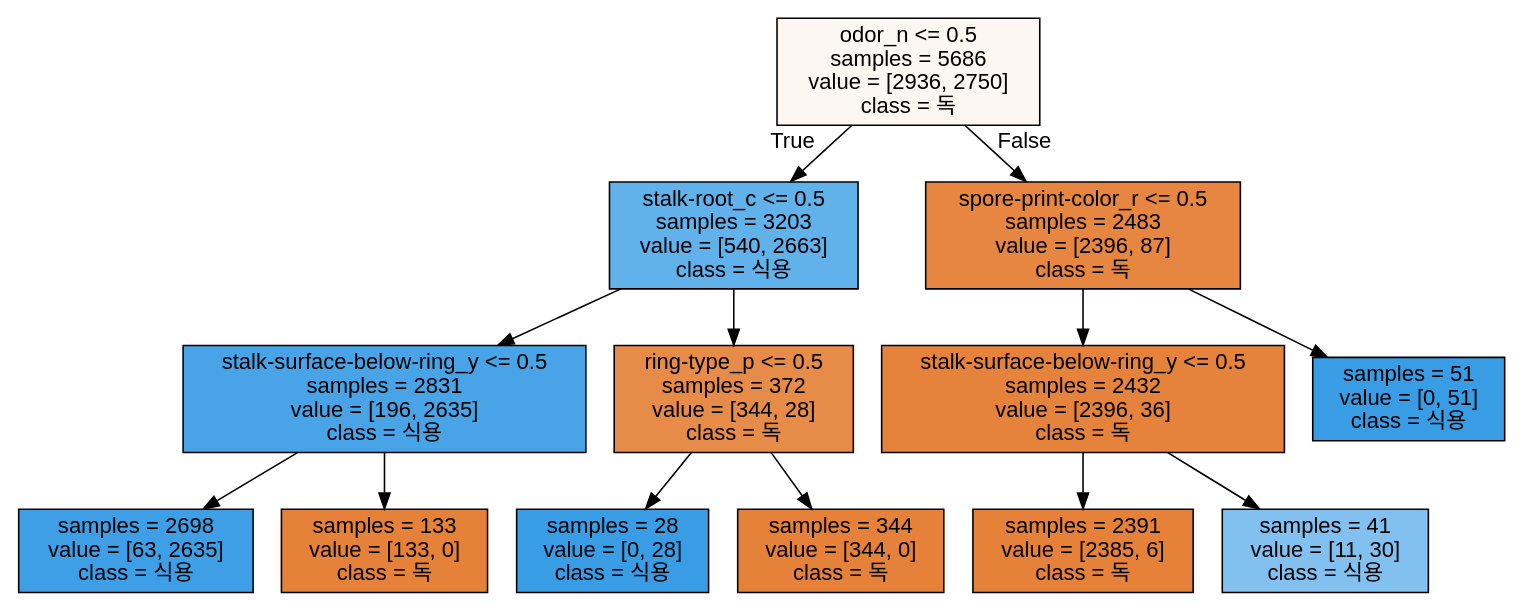
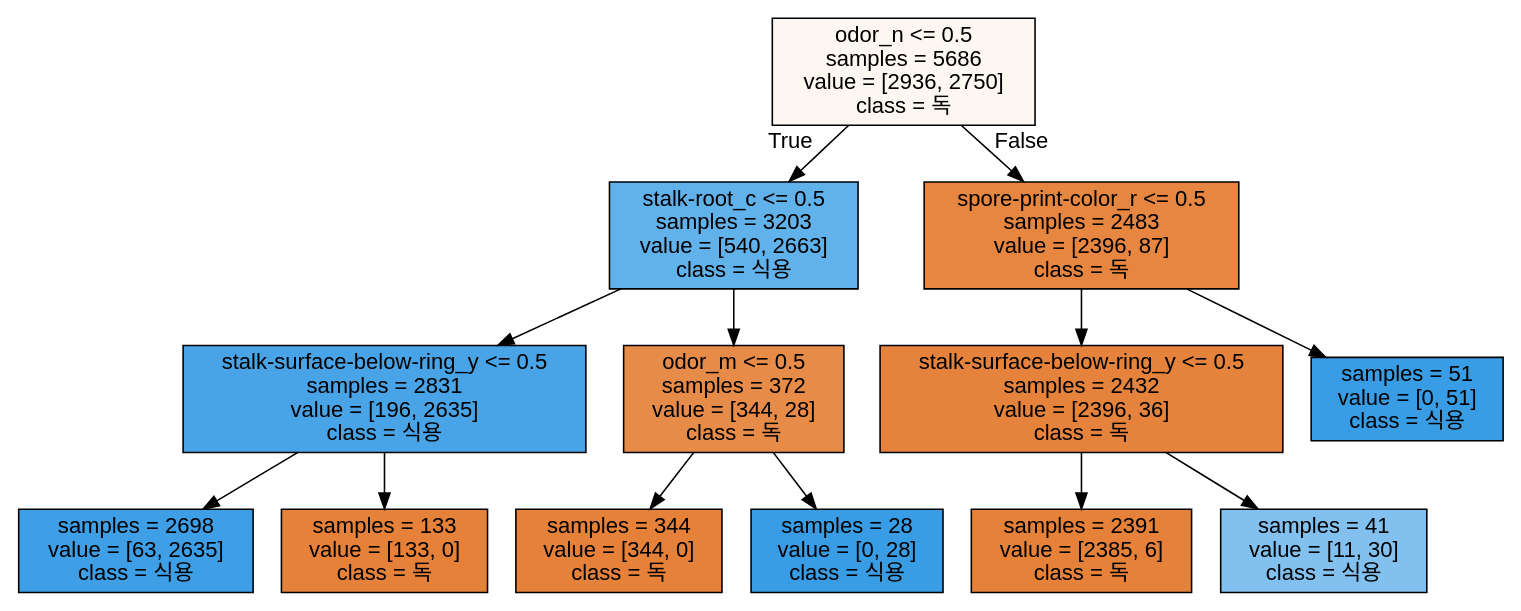
The diagram in tree.dot (so1454/MachineLearning), drawn with Graphviz before and after one commit. The commit also changed 4 other files, not shown here.

```diff
--- a/tree.dot
+++ b/tree.dot
@@ -1,29 +1,29 @@
 digraph Tree {
 node [shape=box, style="filled", color="black", fontname="helvetica"] ;
 edge [fontname="helvetica"] ;
 0 [label="odor_n <= 0.5\nsamples = 5686\nvalue = [2936, 2750]\nclass = 독", fillcolor="#fdf7f2"] ;
 1 [label="stalk-root_c <= 0.5\nsamples = 3203\nvalue = [540, 2663]\nclass = 식용", fillcolor="#61b1ea"] ;
 0 -> 1 [labeldistance=2.5, labelangle=45, headlabel="True"] ;
 2 [label="stalk-surface-below-ring_y <= 0.5\nsamples = 2831\nvalue = [196, 2635]\nclass = 식용", fillcolor="#48a4e7"] ;
 1 -> 2 ;
 3 [label="samples = 2698\nvalue = [63, 2635]\nclass = 식용", fillcolor="#3e9fe6"] ;
 2 -> 3 ;
 4 [label="samples = 133\nvalue = [133, 0]\nclass = 독", fillcolor="#e58139"] ;
 2 -> 4 ;
-5 [label="ring-type_p <= 0.5\nsamples = 372\nvalue = [344, 28]\nclass = 독", fillcolor="#e78b49"] ;
+5 [label="odor_m <= 0.5\nsamples = 372\nvalue = [344, 28]\nclass = 독", fillcolor="#e78b49"] ;
 1 -> 5 ;
-6 [label="samples = 28\nvalue = [0, 28]\nclass = 식용", fillcolor="#399de5"] ;
+6 [label="samples = 344\nvalue = [344, 0]\nclass = 독", fillcolor="#e58139"] ;
 5 -> 6 ;
-7 [label="samples = 344\nvalue = [344, 0]\nclass = 독", fillcolor="#e58139"] ;
+7 [label="samples = 28\nvalue = [0, 28]\nclass = 식용", fillcolor="#399de5"] ;
 5 -> 7 ;
 8 [label="spore-print-color_r <= 0.5\nsamples = 2483\nvalue = [2396, 87]\nclass = 독", fillcolor="#e68640"] ;
 0 -> 8 [labeldistance=2.5, labelangle=-45, headlabel="False"] ;
 9 [label="stalk-surface-below-ring_y <= 0.5\nsamples = 2432\nvalue = [2396, 36]\nclass = 독", fillcolor="#e5833c"] ;
 8 -> 9 ;
 10 [label="samples = 2391\nvalue = [2385, 6]\nclass = 독", fillcolor="#e58139"] ;
 9 -> 10 ;
 11 [label="samples = 41\nvalue = [11, 30]\nclass = 식용", fillcolor="#82c1ef"] ;
 9 -> 11 ;
 12 [label="samples = 51\nvalue = [0, 51]\nclass = 식용", fillcolor="#399de5"] ;
 8 -> 12 ;
 }
```
